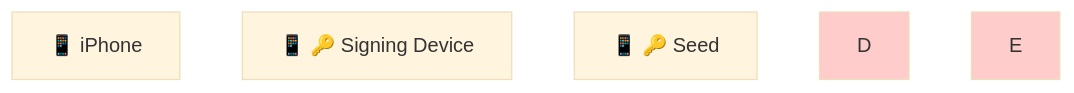
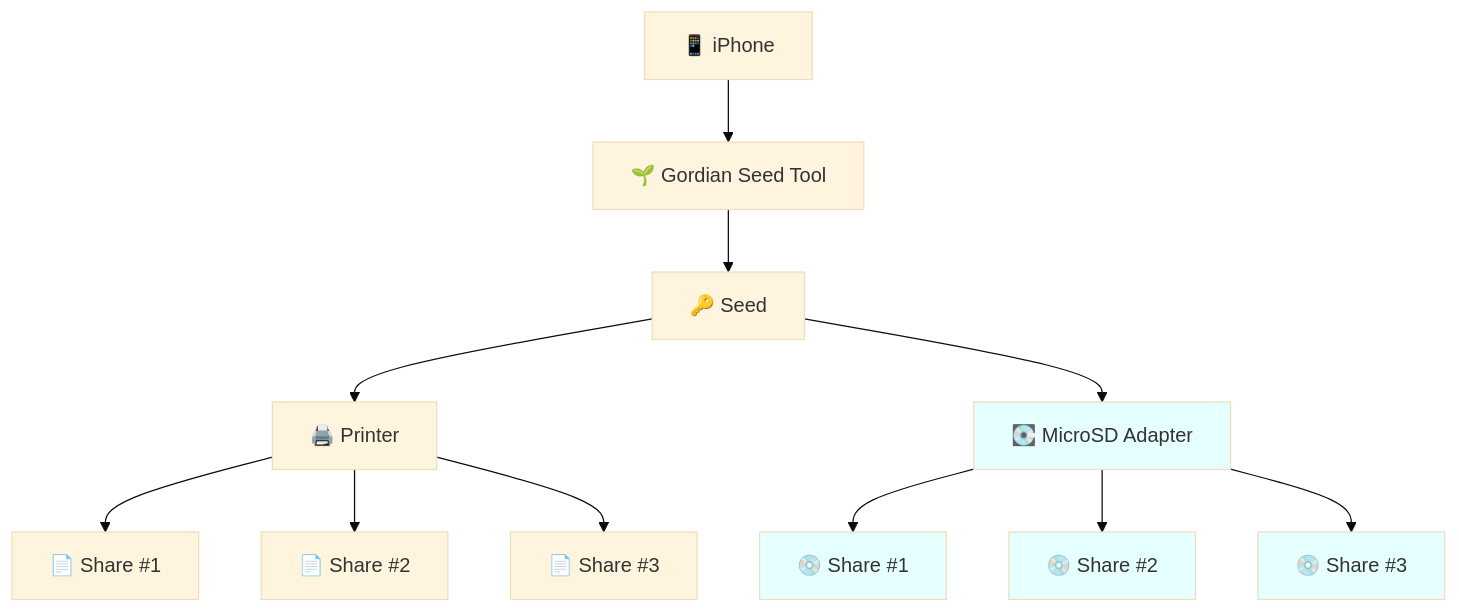
One commit to BlockchainCommons/SmartCustody changed the tenth of 20 diagrams in Docs/Scenario-Multisig.md. Above: the diagram before and after it, drawn with Mermaid (base theme). The commit also changed other lines of this file, not shown here.

````diff
--- a/Docs/Scenario-Multisig.md
+++ b/Docs/Scenario-Multisig.md
@@ -376,9 +376,29 @@
 ```mermaid
     graph TD;
     A["📱 iPhone"]
-    B["📱 🔑 Signing Device"]
-    C["📱 🔑 Seed"]
-
-style D fill:#ffcccc;
-style E fill:#ffcccc;
+    B["🌱 Gordian Seed Tool"]
+    C["🔑 Seed"]
+    D["🖨️ Printer"]
+    E["📄 Share #1"]
+    F["📄 Share #2"]
+    G["📄 Share #3"]
+    H["💽 MicroSD Adapter"]
+    I["💿 Share #1"]
+    J["💿 Share #2"]
+    K["💿 Share #3"]
+    
+    A-->B-->C
+    C-->D
+    D-->E
+    D-->F
+    D-->G
+    C-->H
+    H-->I
+    H-->J
+    H-->K
+  
+style H fill:#e6ffff;
+style I fill:#e6ffff;
+style J fill:#e6ffff;
+style K fill:#e6ffff;
 ```
````
